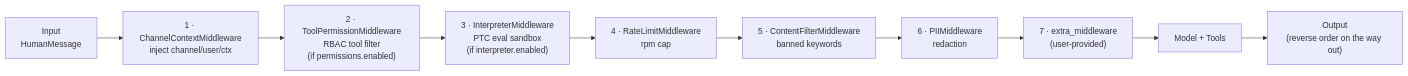
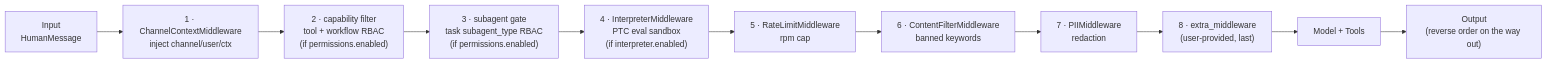
One commit to tisu19021997/langclaw changed the second of 4 diagrams in docs/ARCHITECTURE.md. Above: the diagram before and after it, drawn with Mermaid. The commit also changed other lines of this file and 17 other files, not shown here.

````diff
--- a/docs/ARCHITECTURE.md
+++ b/docs/ARCHITECTURE.md
@@ -54,12 +54,13 @@
 ```mermaid
 flowchart LR
     IN["Input<br/>HumanMessage"] --> M1
     M1["1 · ChannelContextMiddleware<br/>inject channel/user/ctx"] --> M2
-    M2["2 · ToolPermissionMiddleware<br/>RBAC tool filter<br/>(if permissions.enabled)"] --> M3
-    M3["3 · InterpreterMiddleware<br/>PTC eval sandbox<br/>(if interpreter.enabled)"] --> M4
-    M4["4 · RateLimitMiddleware<br/>rpm cap"] --> M5
-    M5["5 · ContentFilterMiddleware<br/>banned keywords"] --> M6
-    M6["6 · PIIMiddleware<br/>redaction"] --> M7
-    M7["7 · extra_middleware<br/>(user-provided)"] --> LLM["Model + Tools"]
+    M2["2 · capability filter<br/>tool + workflow RBAC<br/>(if permissions.enabled)"] --> M3
+    M3["3 · subagent gate<br/>task subagent_type RBAC<br/>(if permissions.enabled)"] --> M4
+    M4["4 · InterpreterMiddleware<br/>PTC eval sandbox<br/>(if interpreter.enabled)"] --> M5
+    M5["5 · RateLimitMiddleware<br/>rpm cap"] --> M6
+    M6["6 · ContentFilterMiddleware<br/>banned keywords"] --> M7
+    M7["7 · PIIMiddleware<br/>redaction"] --> M8
+    M8["8 · extra_middleware<br/>(user-provided, last)"] --> LLM["Model + Tools"]
     LLM --> OUT["Output<br/>(reverse order on the way out)"]
 ```
````
